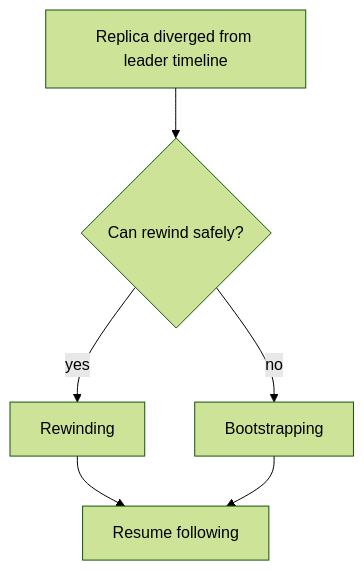
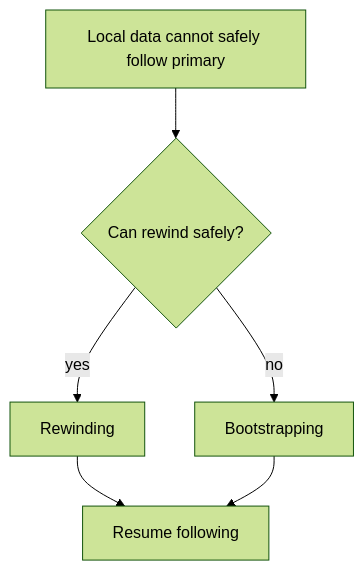
The second of 2 diagrams in docs/src/architecture/failover-and-recovery.md (djosh34/pgtuskmaster_rust), drawn with Mermaid (forest theme) before and after one commit. The commit also changed other lines of this file and 36 other files, not shown here.

First line of the commit message:
task finished 33-task-deep-skeptical-verification-of-doc-facts-and-writing-quality: audit docs + fix diagrams/test flake

````diff
--- a/docs/src/architecture/failover-and-recovery.md
+++ b/docs/src/architecture/failover-and-recovery.md
@@ -27,8 +27,8 @@
 ```mermaid
 flowchart TD
-  Diverged[Replica diverged from leader timeline] --> CanRewind{Can rewind safely?}
+  Diverged[Local data cannot safely follow primary] --> CanRewind{Can rewind safely?}
   CanRewind -->|yes| Rewind[Rewinding]
   CanRewind -->|no| Bootstrap[Bootstrapping]
   Rewind --> Follow[Resume following]
   Bootstrap --> Follow
 ```
````
